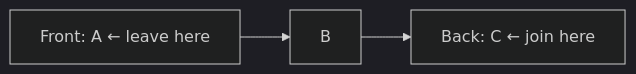
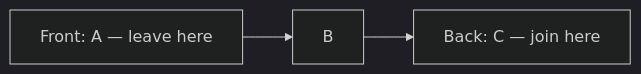
Before and after one commit to xolghadr/dsa-guide: the third of 19 diagrams in ReadMe.md, drawn with Mermaid (dark theme). The commit also changed other lines of this file, not shown here.

````diff
--- a/ReadMe.md
+++ b/ReadMe.md
@@ -127,4 +128,4 @@
 ```mermaid
 flowchart LR
-    front[Front: A  ← leave here] --> b[B] --> back[Back: C  ← join here]
+    front["Front: A — leave here"] --> b[B] --> back["Back: C — join here"]
 ```
````
